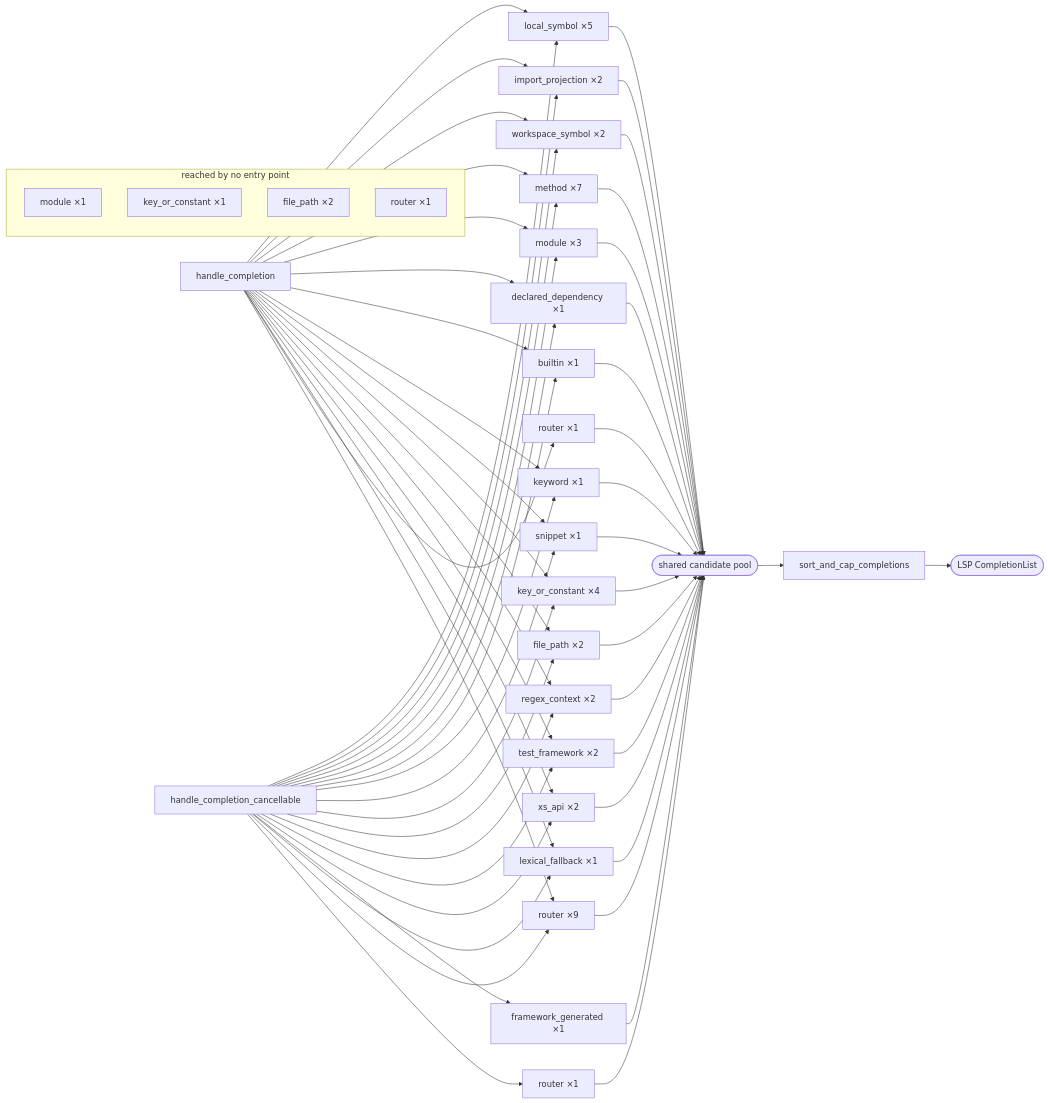
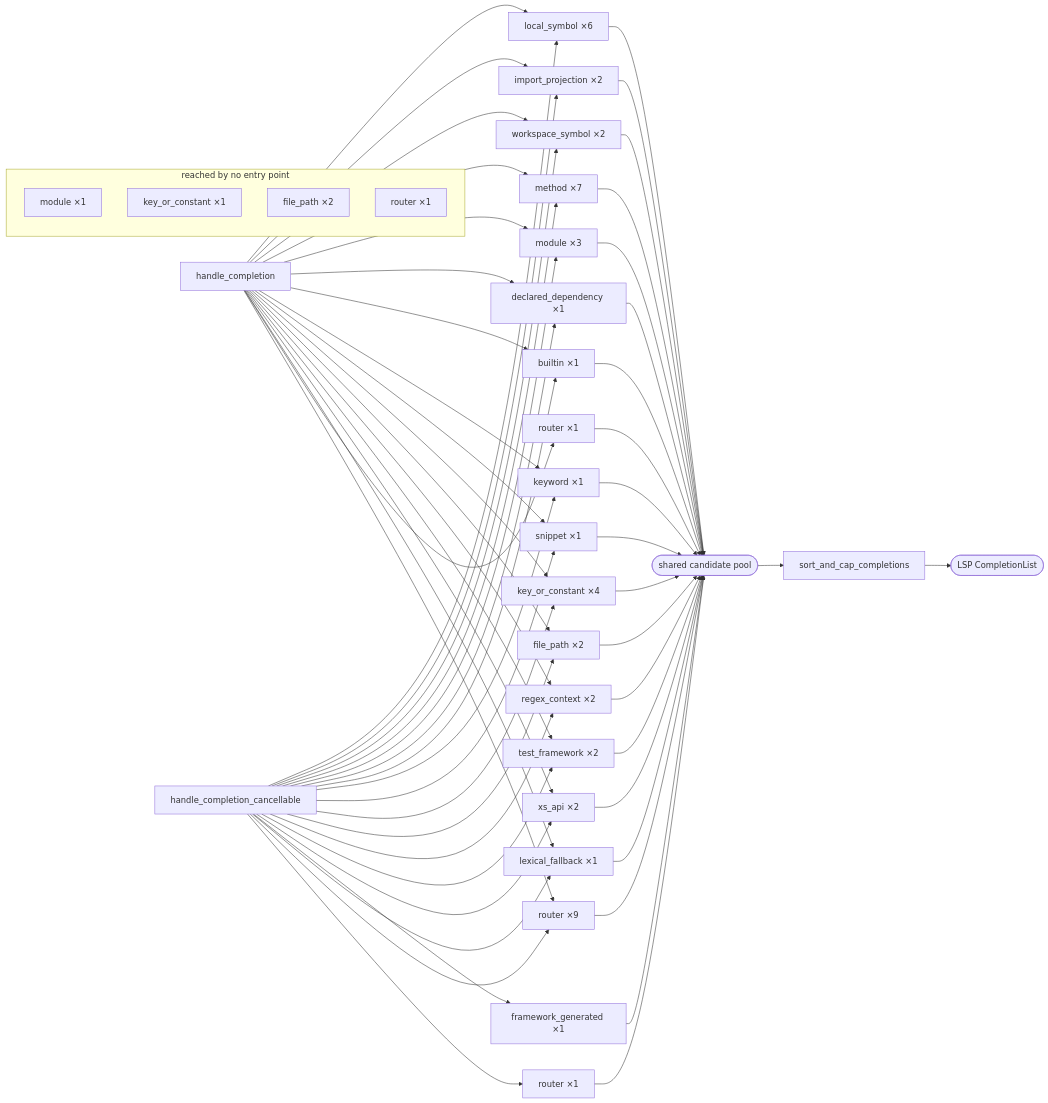
The diagram in docs/architecture/completion-candidate-producers.md (EffortlessMetrics/perl-lsp-swarm), drawn with Mermaid before and after one commit. The commit also changed other lines of this file and 2 other files, not shown here.

First line of the commit message:
fix(policy): re-audit completion producer ledger for the interpolation slot (#16863)

```diff
--- a/docs/architecture/completion-candidate-producers.md
+++ b/docs/architecture/completion-candidate-producers.md
@@ -166,7 +168,7 @@
   pool(["shared candidate pool"])
   final["sort_and_cap_completions"]
   wire(["LSP CompletionList"])
-  nlocal_symbol_handle_completion_handle_completion_cancellable["local_symbol ×5"]
+  nlocal_symbol_handle_completion_handle_completion_cancellable["local_symbol ×6"]
   nhandle_completion --> nlocal_symbol_handle_completion_handle_completion_cancellable
   nhandle_completion_cancellable --> nlocal_symbol_handle_completion_handle_completion_cancellable
   nlocal_symbol_handle_completion_handle_completion_cancellable --> pool
```
